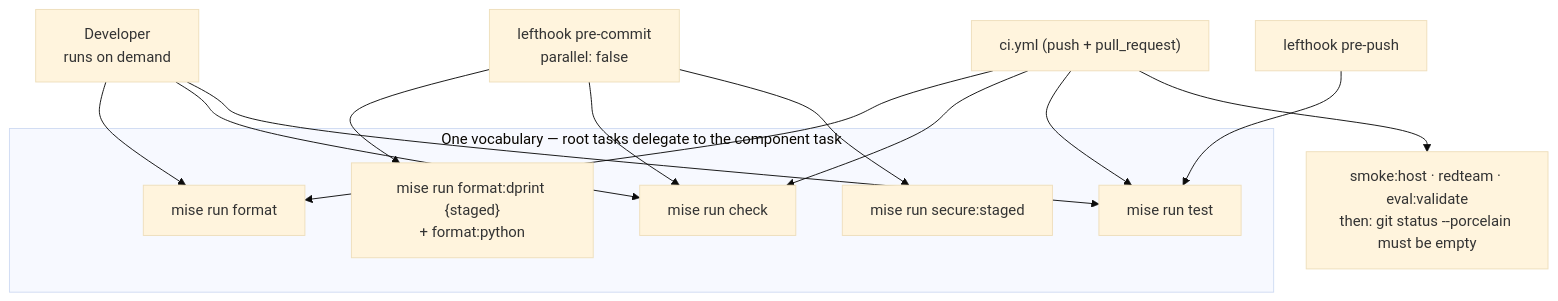
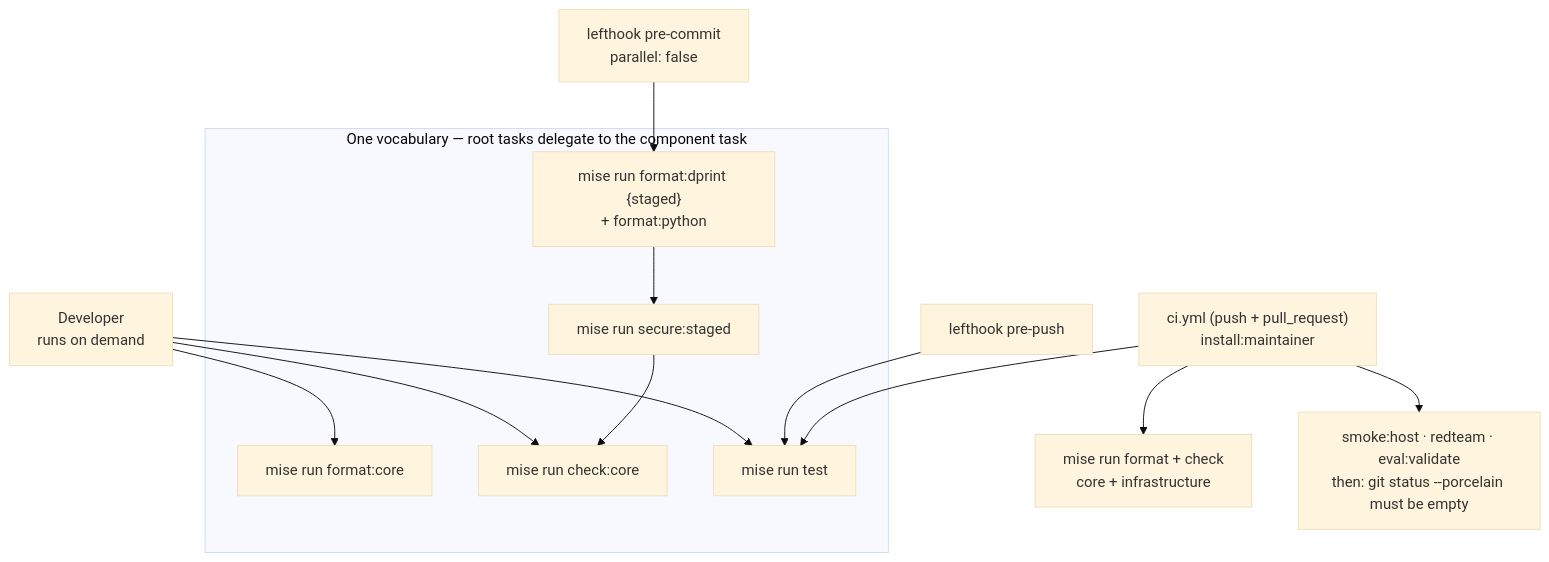
One commit to LuiGGi629/agentops-open-course changed the second of 2 diagrams in docs/4. Quality/4.1. Linting.md. Above: the diagram before and after it, drawn with Mermaid (base theme). The commit also changed other lines of this file and 121 other files, not shown here.

````diff
--- a/docs/4. Quality/4.1. Linting.md
+++ b/docs/4. Quality/4.1. Linting.md
@@ -138,25 +138,23 @@
 ```mermaid
 flowchart TD
     subgraph vocab["One vocabulary — root tasks delegate to the component task"]
-        FMT["mise run format"]
+        FMT["mise run format:core"]
         FMTC["mise run format:dprint {staged}<br/>+ format:python"]
-        CHK["mise run check"]
+        CHK["mise run check:core"]
         TST["mise run test"]
         SEC["mise run secure:staged"]
     end
 
     DEV["Developer<br/>runs on demand"] --> FMT
     DEV --> CHK
     DEV --> TST
 
     PC["lefthook pre-commit<br/>parallel: false"] --> FMTC
-    PC --> CHK
-    PC --> SEC
+    FMTC --> SEC --> CHK
 
     PP["lefthook pre-push"] --> TST
 
-    CI["ci.yml (push + pull_request)"] --> FMT
-    CI --> CHK
+    CI["ci.yml (push + pull_request)<br/>install:maintainer"] --> FULL["mise run format + check<br/>core + infrastructure"]
     CI --> TST
     CI --> EXTRA["smoke:host · redteam · eval:validate<br/>then: git status --porcelain must be empty"]
 ```
````
